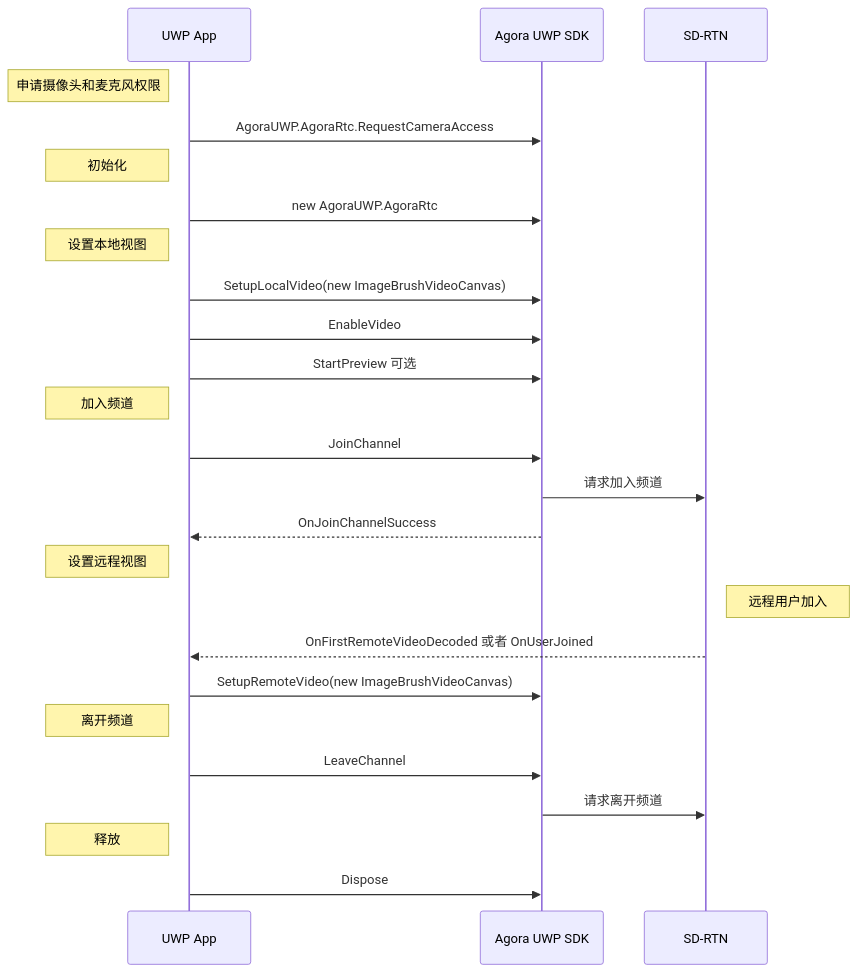
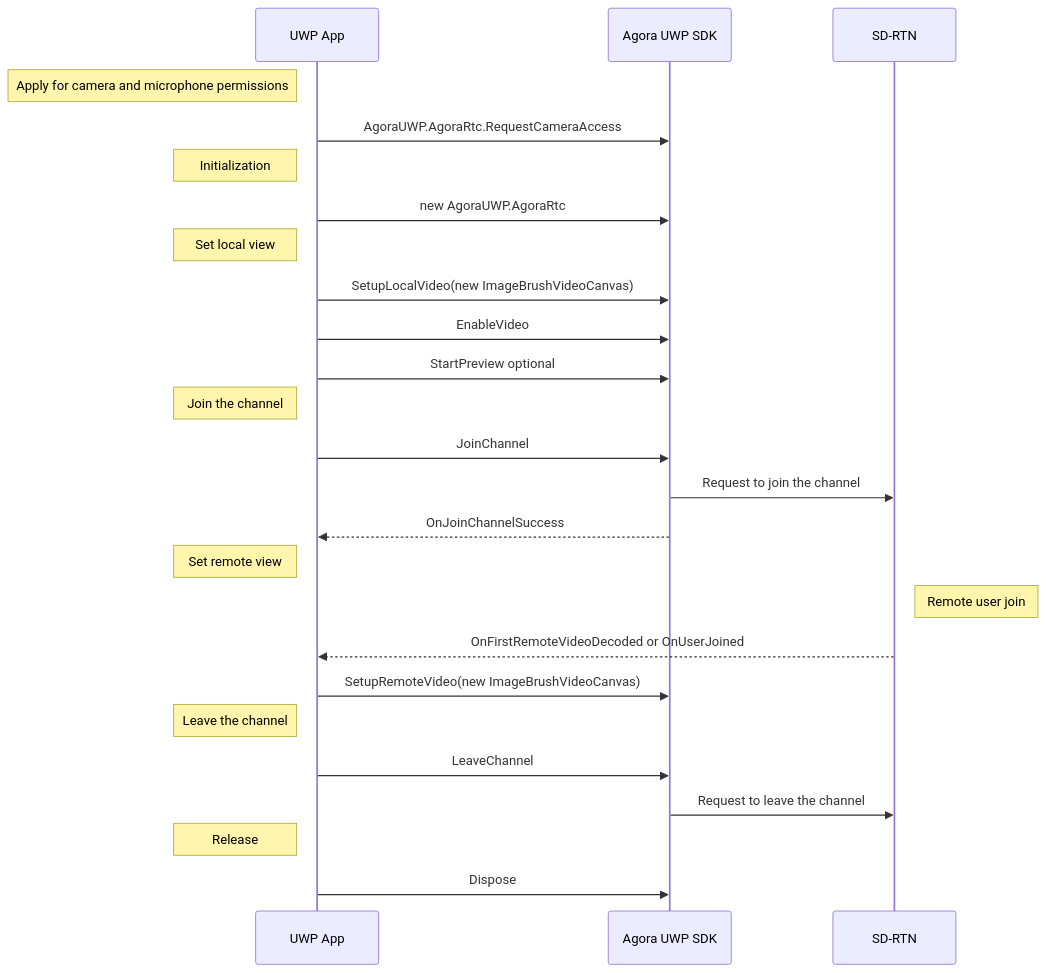
Before and after one commit to AgoraIO-Community/AgoraWinRT: the first of 3 diagrams in README.md, drawn with Mermaid. The commit also changed other lines of this file and 5 other files, not shown here.

````diff
--- a/README.md
+++ b/README.md
@@ -215,27 +228,27 @@
 ```mermaid
 sequenceDiagram
 participant UWP as UWP App
 participant SDK as Agora UWP SDK
 participant Agora as SD-RTN
-Note left of UWP: 申请摄像头和麦克风权限
+Note left of UWP: Apply for camera and microphone permissions
 UWP->>SDK: AgoraUWP.AgoraRtc.RequestCameraAccess
-Note left of UWP: 初始化
+Note left of UWP: Initialization
 UWP->>SDK: new AgoraUWP.AgoraRtc
-Note left of UWP: 设置本地视图
+Note left of UWP: Set local view
 UWP->>SDK: SetupLocalVideo(new ImageBrushVideoCanvas)
 UWP->>SDK: EnableVideo
-UWP->>SDK: StartPreview 可选
-Note left Of UWP: 加入频道
+UWP->>SDK: StartPreview optional
+Note left Of UWP: Join the channel
 UWP->>SDK: JoinChannel
-SDK->>Agora: 请求加入频道
+SDK->>Agora: Request to join the channel
 SDK-->>UWP: OnJoinChannelSuccess
-Note left of UWP: 设置远程视图
-Note right of Agora: 远程用户加入
-Agora-->>UWP: OnFirstRemoteVideoDecoded 或者 OnUserJoined
+Note left of UWP: Set remote view
+Note right of Agora: Remote user join
+Agora-->>UWP: OnFirstRemoteVideoDecoded or OnUserJoined
 UWP->>SDK: SetupRemoteVideo(new ImageBrushVideoCanvas)
-Note left of UWP: 离开频道
+Note left of UWP: Leave the channel
 UWP->>SDK: LeaveChannel
-SDK->>Agora: 请求离开频道
-Note left of UWP: 释放
+SDK->>Agora: Request to leave the channel
+Note left of UWP: Release
 UWP->>SDK: Dispose
 ```
````
